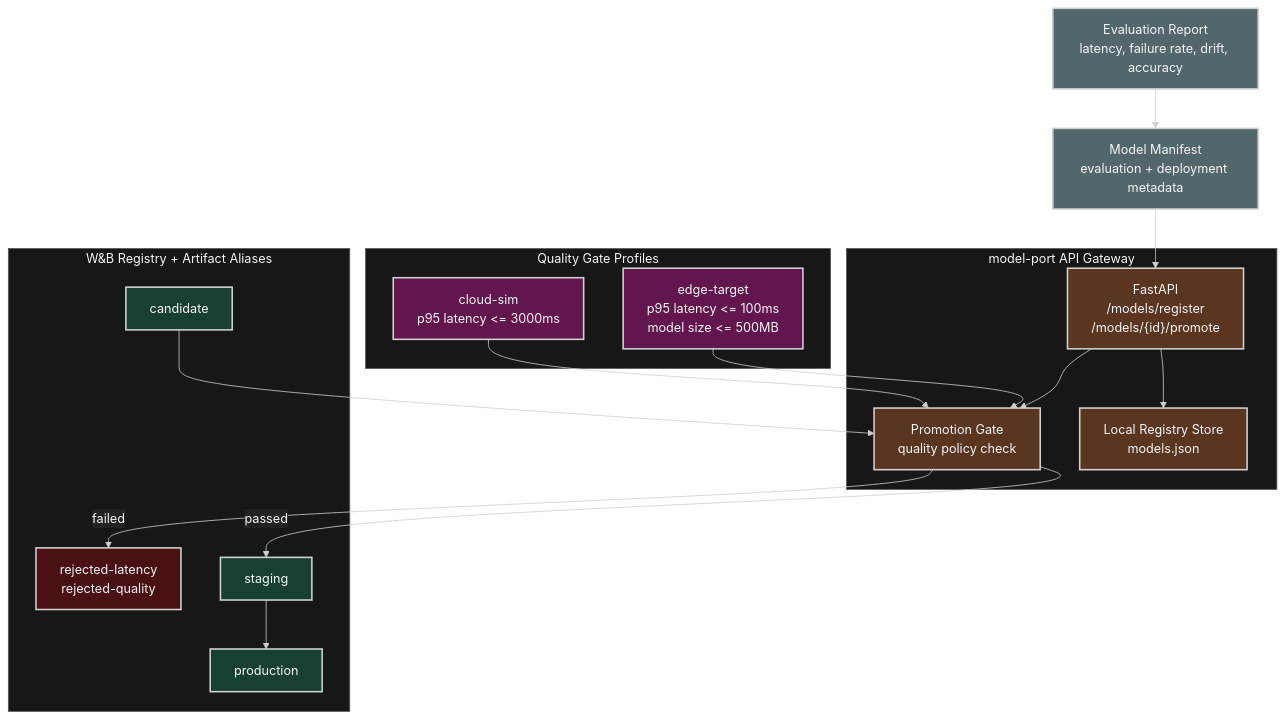
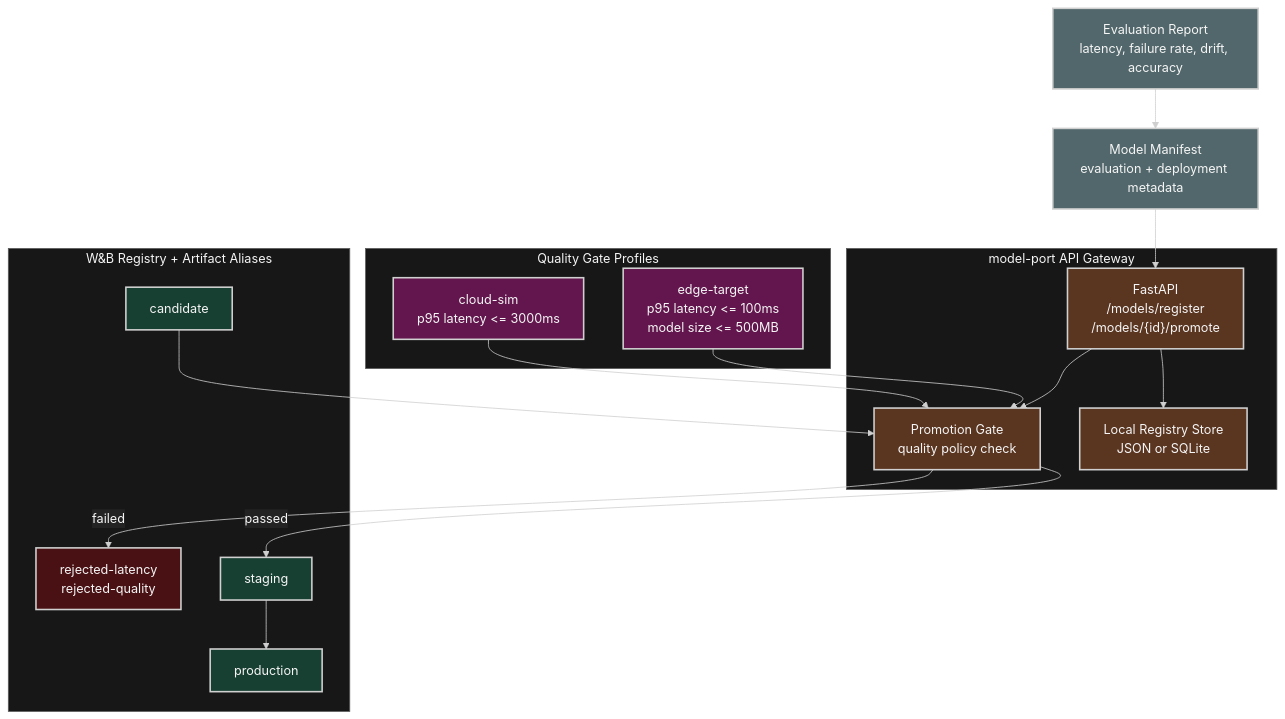
One commit to ziwon/model-port-gateway changed the third of 5 diagrams in docs/README.md. Above: the diagram before and after it, drawn with Mermaid. The commit also changed 7 other files, not shown here.

Commit message:
feat(registry): add sqlite backend

````diff
--- a/docs/README.md
+++ b/docs/README.md
@@ -140,49 +140,49 @@
 ```mermaid
 %%{init: {"theme": "base", "themeVariables": {"background": "#171717", "primaryColor": "#232323", "primaryTextColor": "#f5f5f5", "primaryBorderColor": "#d0d0d0", "lineColor": "#cfcfcf", "fontFamily": "Inter, Arial, sans-serif"}}}%%
 flowchart TD
   REPORT["Evaluation Report<br/>latency, failure rate, drift, accuracy"]
   MANIFEST["Model Manifest<br/>evaluation + deployment metadata"]
 
   subgraph Gateway["model-port API Gateway"]
     API["FastAPI<br/>/models/register<br/>/models/{id}/promote"]
-    STORE["Local Registry Store<br/>models.json"]
+    STORE["Local Registry Store<br/>JSON or SQLite"]
     GATE["Promotion Gate<br/>quality policy check"]
   end
 
   subgraph Policy["Quality Gate Profiles"]
     CLOUD["cloud-sim<br/>p95 latency <= 3000ms"]
     EDGE["edge-target<br/>p95 latency <= 100ms<br/>model size <= 500MB"]
   end
 
   subgraph Registry["W&B Registry + Artifact Aliases"]
     CANDIDATE["candidate"]
     STAGING["staging"]
     PRODUCTION["production"]
     REJECTED["rejected-latency<br/>rejected-quality"]
   end
 
   REPORT --> MANIFEST
   MANIFEST --> API
   API --> STORE
   API --> GATE
   CLOUD --> GATE
   EDGE --> GATE
   GATE -->|passed| STAGING
   GATE -->|failed| REJECTED
   CANDIDATE --> GATE
   STAGING --> PRODUCTION
 
   classDef evidence fill:#52676b,stroke:#d0d0d0,color:#f5f5f5,stroke-width:2px;
   classDef gateway fill:#5a3520,stroke:#d0d0d0,color:#f5f5f5,stroke-width:2px;
   classDef policy fill:#62164d,stroke:#d0d0d0,color:#f5f5f5,stroke-width:2px;
   classDef accepted fill:#173f32,stroke:#d0d0d0,color:#f5f5f5,stroke-width:2px;
   classDef rejected fill:#4a1114,stroke:#d0d0d0,color:#f5f5f5,stroke-width:2px;
   class REPORT,MANIFEST evidence;
   class API,STORE,GATE gateway;
   class CLOUD,EDGE policy;
   class CANDIDATE,STAGING,PRODUCTION accepted;
   class REJECTED rejected;
   style Gateway fill:#171717,stroke:#5a5a5a,color:#f5f5f5
   style Policy fill:#171717,stroke:#5a5a5a,color:#f5f5f5
   style Registry fill:#171717,stroke:#5a5a5a,color:#f5f5f5
 ```
````
